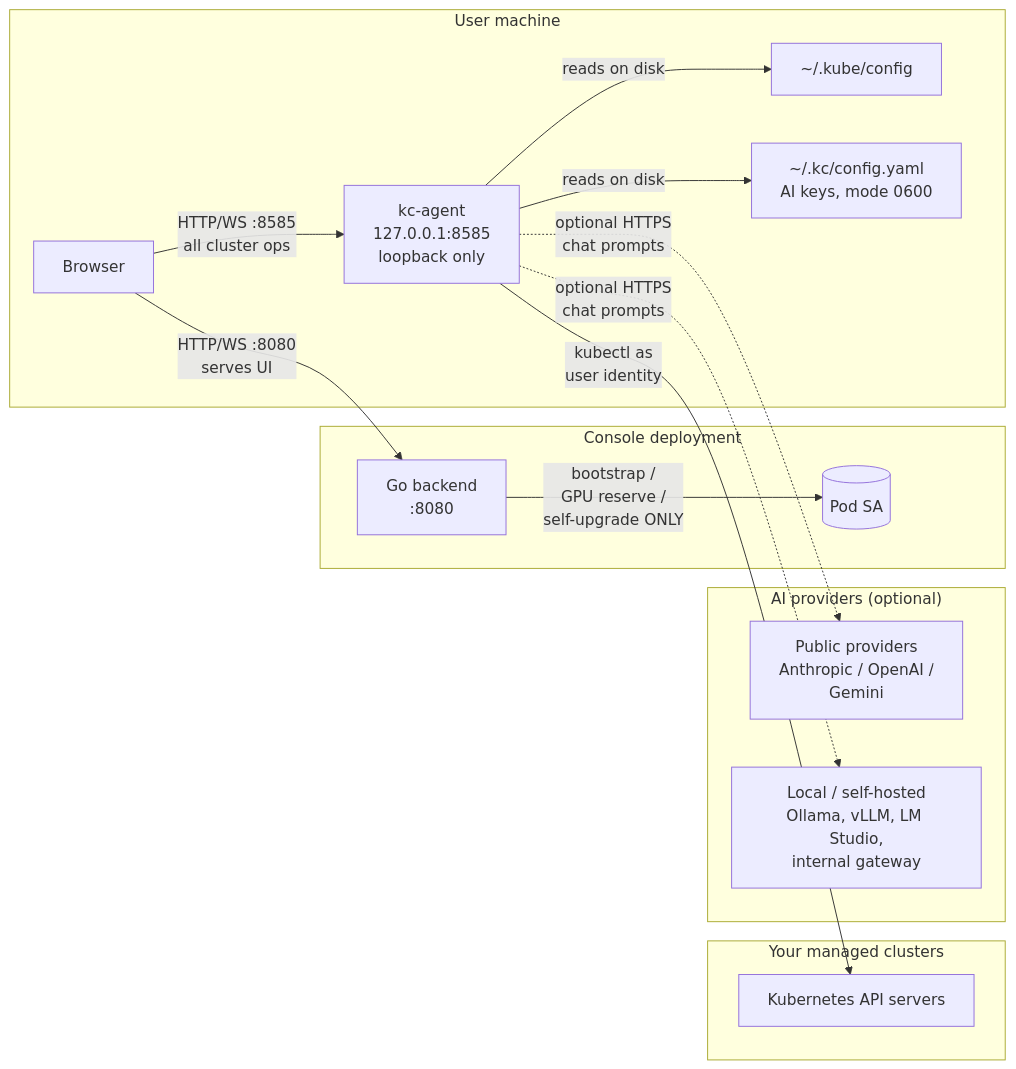
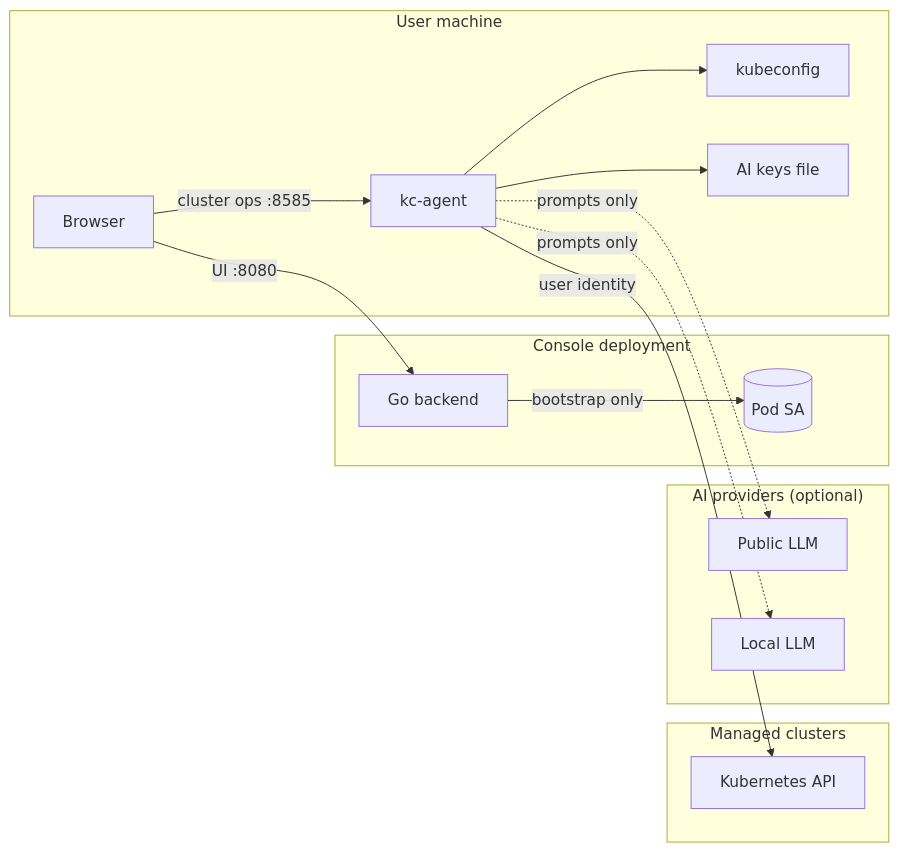
Before and after one commit to kubestellar/docs: the first of 4 diagrams in docs/content/console/security-model.md, drawn with Mermaid. The commit also changed other lines of this file, not shown here.

Commit message:
📖 docs(console): shorten mermaid node labels to fix truncation

````diff
--- a/docs/content/console/security-model.md
+++ b/docs/content/console/security-model.md
@@ -29,32 +29,32 @@
 ```mermaid
 flowchart LR
     subgraph User["User machine"]
         B[Browser]
-        KA[kc-agent<br/>127.0.0.1:8585<br/>loopback only]
-        KC[~/.kube/config]
-        CFG[~/.kc/config.yaml<br/>AI keys, mode 0600]
+        KA[kc-agent]
+        KC[kubeconfig]
+        CFG[AI keys file]
     end
 
     subgraph Console["Console deployment"]
-        GB[Go backend<br/>:8080]
+        GB[Go backend]
         POD[(Pod SA)]
     end
 
-    subgraph Clusters["Your managed clusters"]
-        K8S[Kubernetes API servers]
+    subgraph Clusters["Managed clusters"]
+        K8S[Kubernetes API]
     end
 
     subgraph AI["AI providers (optional)"]
-        PUB[Public providers<br/>Anthropic / OpenAI /<br/>Gemini]
-        LOCAL[Local / self-hosted<br/>Ollama, vLLM, LM Studio,<br/>internal gateway]
+        PUB[Public LLM]
+        LOCAL[Local LLM]
     end
 
-    B -->|HTTP/WS :8080<br/>serves UI| GB
-    B -->|HTTP/WS :8585<br/>all cluster ops| KA
-    KA -->|reads on disk| KC
-    KA -->|reads on disk| CFG
-    KA -->|kubectl as<br/>user identity| K8S
-    KA -.->|optional HTTPS<br/>chat prompts| PUB
-    KA -.->|optional HTTPS<br/>chat prompts| LOCAL
-    GB -->|bootstrap /<br/>GPU reserve /<br/>self-upgrade ONLY| POD
+    B -->|UI :8080| GB
+    B -->|cluster ops :8585| KA
+    KA --> KC
+    KA --> CFG
+    KA -->|user identity| K8S
+    KA -.->|prompts only| PUB
+    KA -.->|prompts only| LOCAL
+    GB -->|bootstrap only| POD
 ```
````
